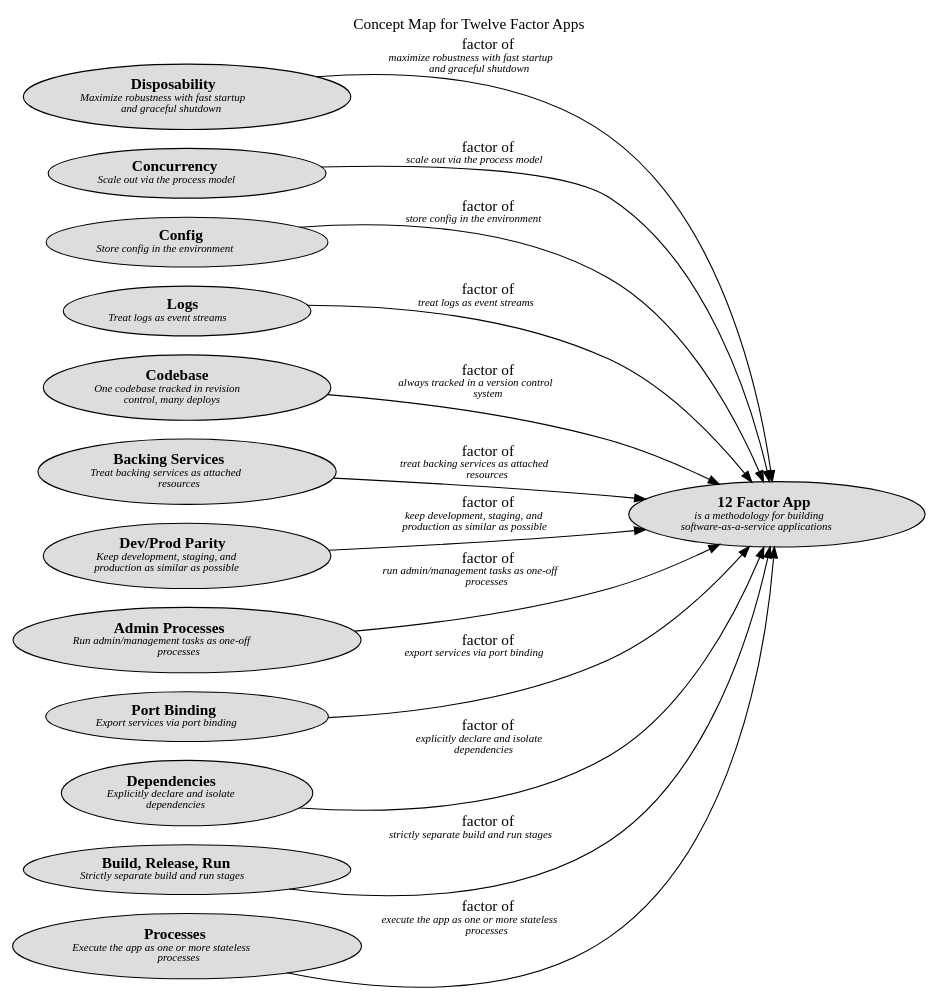
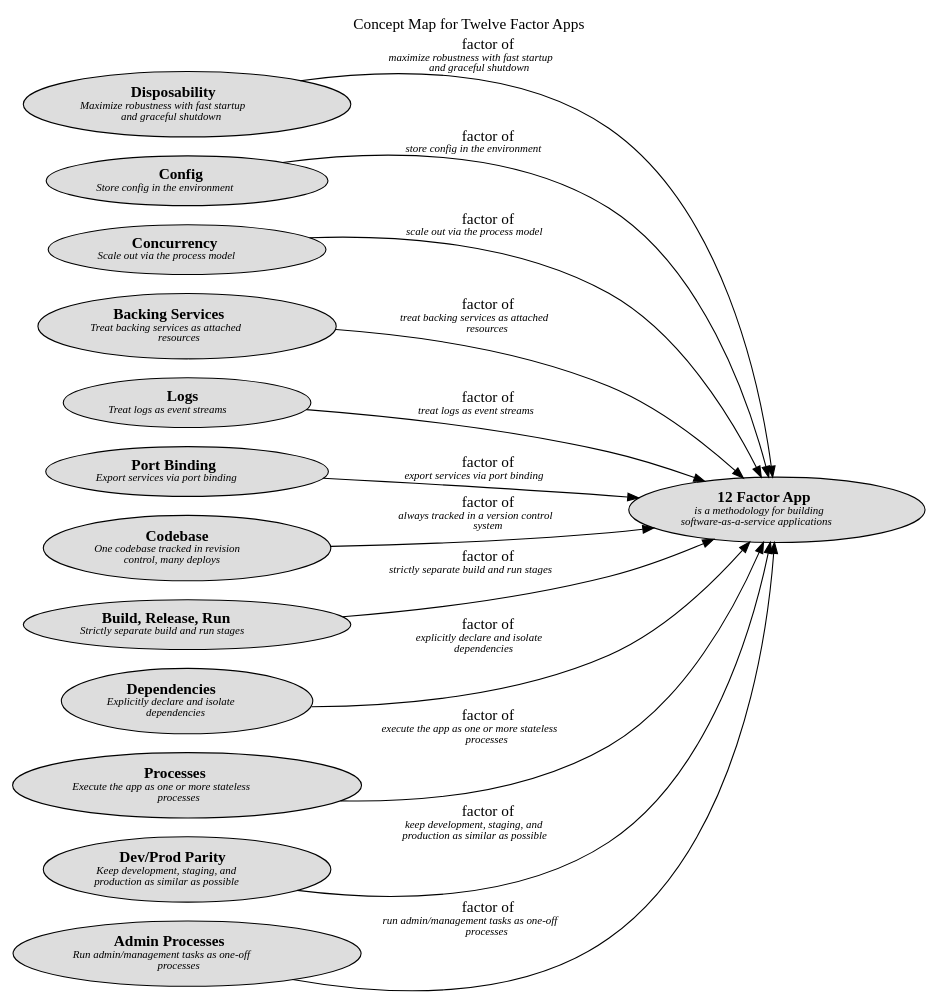
The diagram in docs/software-development/twelve-factor-app/concept-view.dot (lsolbach/overarch-models), drawn with Graphviz before and after one commit. The commit also changed other lines of this file and 115 other files, not shown here.

```diff
--- a/docs/software-development/twelve-factor-app/concept-view.dot
+++ b/docs/software-development/twelve-factor-app/concept-view.dot
@@ -1,36 +1,36 @@
 digraph "Concept Map for Twelve Factor Apps" {
   labelloc= "t"
   label="Concept Map for Twelve Factor Apps"
   rankdir="LR"
 
   layout=dot
 software_development_twelve_factor_app__disposability [shape=ellipse style=filled fillcolor="#dddddd" label=<<B>Disposability</B><BR/><FONT POINT-SIZE="10"><I>Maximize robustness with fast startup<BR/>and graceful shutdown </I></FONT>>]
+software_development_twelve_factor_app__config [shape=ellipse style=filled fillcolor="#dddddd" label=<<B>Config</B><BR/><FONT POINT-SIZE="10"><I>Store config in the environment </I></FONT>>]
+software_development_twelve_factor_app__twelve_factor_app [shape=ellipse style=filled fillcolor="#dddddd" label=<<B>12 Factor App</B><BR/><FONT POINT-SIZE="10"><I>is a methodology for building<BR/>software-as-a-service applications </I></FONT>>]
 software_development_twelve_factor_app__concurrency [shape=ellipse style=filled fillcolor="#dddddd" label=<<B>Concurrency</B><BR/><FONT POINT-SIZE="10"><I>Scale out via the process model </I></FONT>>]
-software_development_twelve_factor_app__config [shape=ellipse style=filled fillcolor="#dddddd" label=<<B>Config</B><BR/><FONT POINT-SIZE="10"><I>Store config in the environment </I></FONT>>]
+software_development_twelve_factor_app__backing_services [shape=ellipse style=filled fillcolor="#dddddd" label=<<B>Backing Services</B><BR/><FONT POINT-SIZE="10"><I>Treat backing services as attached<BR/>resources </I></FONT>>]
 software_development_twelve_factor_app__logs [shape=ellipse style=filled fillcolor="#dddddd" label=<<B>Logs</B><BR/><FONT POINT-SIZE="10"><I>Treat logs as event streams </I></FONT>>]
+software_development_twelve_factor_app__port_binding [shape=ellipse style=filled fillcolor="#dddddd" label=<<B>Port Binding</B><BR/><FONT POINT-SIZE="10"><I>Export services via port binding </I></FONT>>]
 software_development_twelve_factor_app__codebase [shape=ellipse style=filled fillcolor="#dddddd" label=<<B>Codebase</B><BR/><FONT POINT-SIZE="10"><I>One codebase tracked in revision<BR/>control, many deploys </I></FONT>>]
-software_development_twelve_factor_app__backing_services [shape=ellipse style=filled fillcolor="#dddddd" label=<<B>Backing Services</B><BR/><FONT POINT-SIZE="10"><I>Treat backing services as attached<BR/>resources </I></FONT>>]
+software_development_twelve_factor_app__build_release_run [shape=ellipse style=filled fillcolor="#dddddd" label=<<B>Build, Release, Run</B><BR/><FONT POINT-SIZE="10"><I>Strictly separate build and run stages </I></FONT>>]
+software_development_twelve_factor_app__dependencies [shape=ellipse style=filled fillcolor="#dddddd" label=<<B>Dependencies</B><BR/><FONT POINT-SIZE="10"><I>Explicitly declare and isolate<BR/>dependencies </I></FONT>>]
+software_development_twelve_factor_app__processes [shape=ellipse style=filled fillcolor="#dddddd" label=<<B>Processes</B><BR/><FONT POINT-SIZE="10"><I>Execute the app as one or more stateless<BR/>processes </I></FONT>>]
 software_development_twelve_factor_app__dev_prod_parity [shape=ellipse style=filled fillcolor="#dddddd" label=<<B>Dev/Prod Parity</B><BR/><FONT POINT-SIZE="10"><I>Keep development, staging, and<BR/>production as similar as possible </I></FONT>>]
 software_development_twelve_factor_app__admin_processes [shape=ellipse style=filled fillcolor="#dddddd" label=<<B>Admin Processes</B><BR/><FONT POINT-SIZE="10"><I>Run admin/management tasks as one-off<BR/>processes </I></FONT>>]
-software_development_twelve_factor_app__port_binding [shape=ellipse style=filled fillcolor="#dddddd" label=<<B>Port Binding</B><BR/><FONT POINT-SIZE="10"><I>Export services via port binding </I></FONT>>]
-software_development_twelve_factor_app__twelve_factor_app [shape=ellipse style=filled fillcolor="#dddddd" label=<<B>12 Factor App</B><BR/><FONT POINT-SIZE="10"><I>is a methodology for building<BR/>software-as-a-service applications </I></FONT>>]
-software_development_twelve_factor_app__dependencies [shape=ellipse style=filled fillcolor="#dddddd" label=<<B>Dependencies</B><BR/><FONT POINT-SIZE="10"><I>Explicitly declare and isolate<BR/>dependencies </I></FONT>>]
-software_development_twelve_factor_app__build_release_run [shape=ellipse style=filled fillcolor="#dddddd" label=<<B>Build, Release, Run</B><BR/><FONT POINT-SIZE="10"><I>Strictly separate build and run stages </I></FONT>>]
-software_development_twelve_factor_app__processes [shape=ellipse style=filled fillcolor="#dddddd" label=<<B>Processes</B><BR/><FONT POINT-SIZE="10"><I>Execute the app as one or more stateless<BR/>processes </I></FONT>>]
  
 software_development_twelve_factor_app__concurrency -> software_development_twelve_factor_app__twelve_factor_app [label=<factor of<BR/><FONT POINT-SIZE="10"><I>scale out via the process model </I></FONT>>]
 software_development_twelve_factor_app__processes -> software_development_twelve_factor_app__twelve_factor_app [label=<factor of<BR/><FONT POINT-SIZE="10"><I>execute the app as one or more stateless<BR/>processes </I></FONT>>]
 software_development_twelve_factor_app__config -> software_development_twelve_factor_app__twelve_factor_app [label=<factor of<BR/><FONT POINT-SIZE="10"><I>store config in the environment </I></FONT>>]
 software_development_twelve_factor_app__backing_services -> software_development_twelve_factor_app__twelve_factor_app [label=<factor of<BR/><FONT POINT-SIZE="10"><I>treat backing services as attached<BR/>resources </I></FONT>>]
 software_development_twelve_factor_app__disposability -> software_development_twelve_factor_app__twelve_factor_app [label=<factor of<BR/><FONT POINT-SIZE="10"><I>maximize robustness with fast startup<BR/>and graceful shutdown </I></FONT>>]
 software_development_twelve_factor_app__dev_prod_parity -> software_development_twelve_factor_app__twelve_factor_app [label=<factor of<BR/><FONT POINT-SIZE="10"><I>keep development, staging, and<BR/>production as similar as possible </I></FONT>>]
 software_development_twelve_factor_app__logs -> software_development_twelve_factor_app__twelve_factor_app [label=<factor of<BR/><FONT POINT-SIZE="10"><I>treat logs as event streams </I></FONT>>]
 software_development_twelve_factor_app__admin_processes -> software_development_twelve_factor_app__twelve_factor_app [label=<factor of<BR/><FONT POINT-SIZE="10"><I>run admin/management tasks as one-off<BR/>processes </I></FONT>>]
 software_development_twelve_factor_app__codebase -> software_development_twelve_factor_app__twelve_factor_app [label=<factor of<BR/><FONT POINT-SIZE="10"><I>always tracked in a version control<BR/>system </I></FONT>>]
 software_development_twelve_factor_app__dependencies -> software_development_twelve_factor_app__twelve_factor_app [label=<factor of<BR/><FONT POINT-SIZE="10"><I>explicitly declare and isolate<BR/>dependencies </I></FONT>>]
 software_development_twelve_factor_app__build_release_run -> software_development_twelve_factor_app__twelve_factor_app [label=<factor of<BR/><FONT POINT-SIZE="10"><I>strictly separate build and run stages </I></FONT>>]
 software_development_twelve_factor_app__port_binding -> software_development_twelve_factor_app__twelve_factor_app [label=<factor of<BR/><FONT POINT-SIZE="10"><I>export services via port binding </I></FONT>>]
  
 }
 
 // (generated by Overarch with template views/view.dot.cmb)
```
